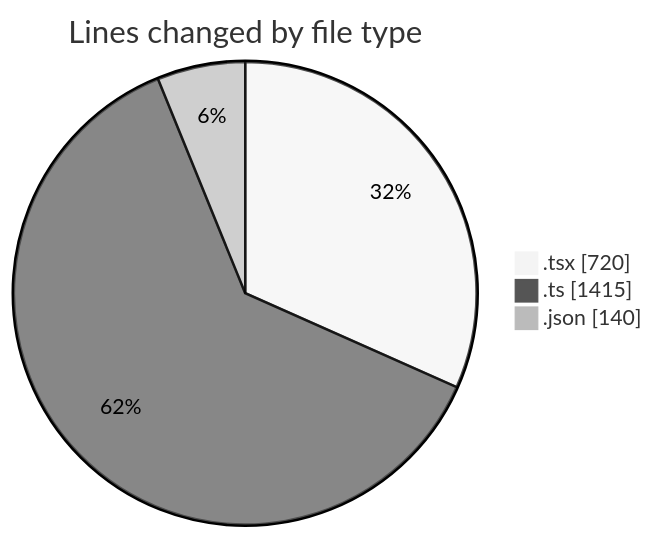
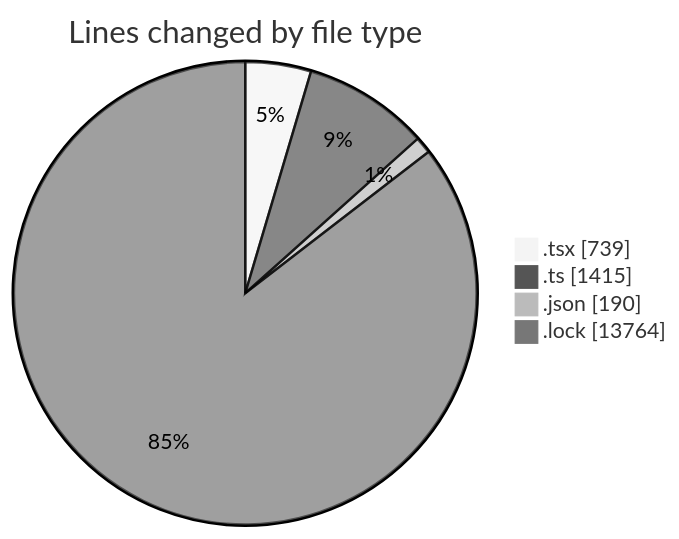
Before and after one commit to momahboobian/code-tracking: the first of 2 diagrams in 2026-03-27/cda/README.md, drawn with Mermaid (neutral theme). The commit also changed other lines of this file and 1 other file, not shown here.

````diff
--- a/2026-03-27/cda/README.md
+++ b/2026-03-27/cda/README.md
@@ -31,7 +33,8 @@
 ```mermaid
 pie showData
 title Lines changed by file type
-".tsx" : 720
+".tsx" : 739
 ".ts" : 1415
-".json" : 140
+".json" : 190
+".lock" : 13764
 ```
````
